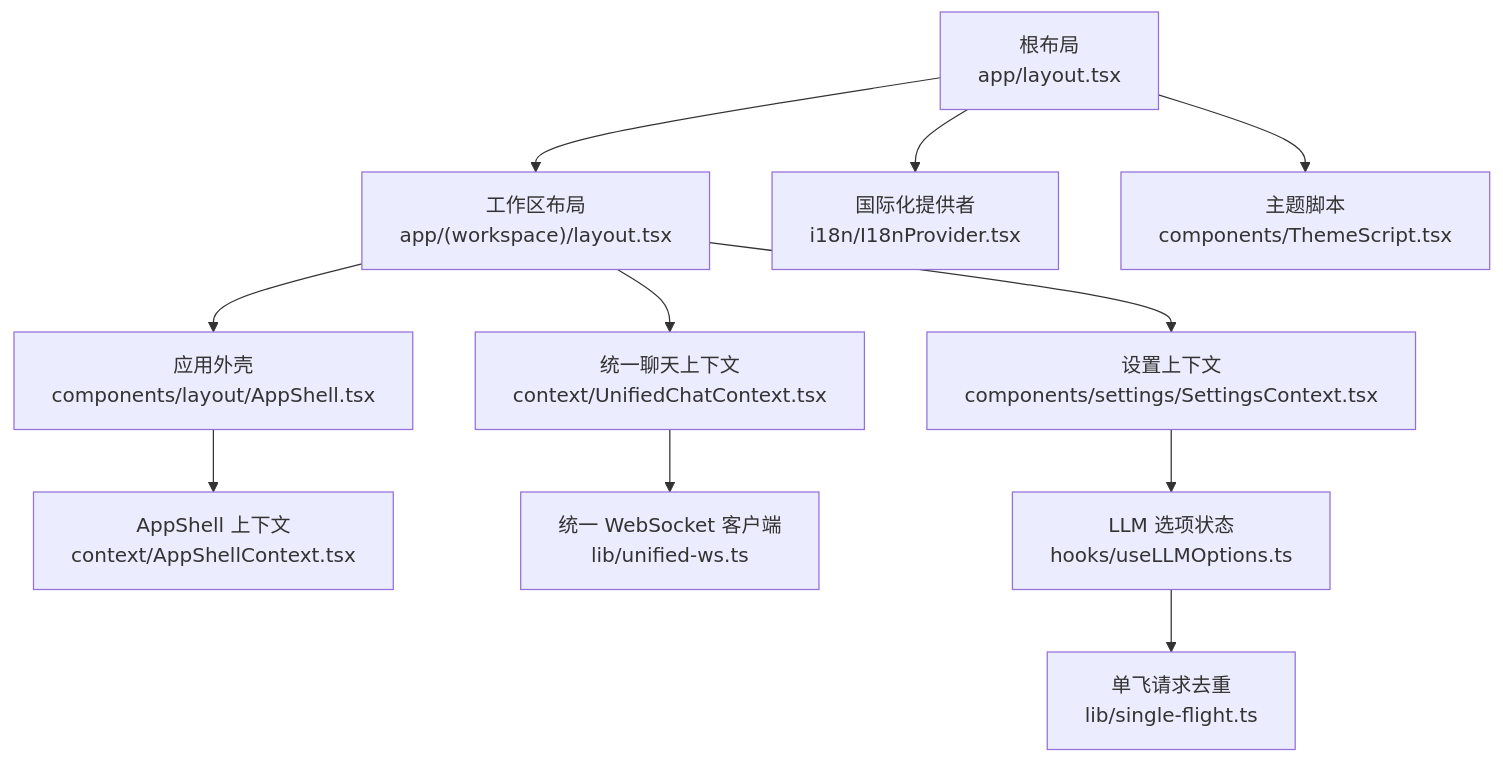
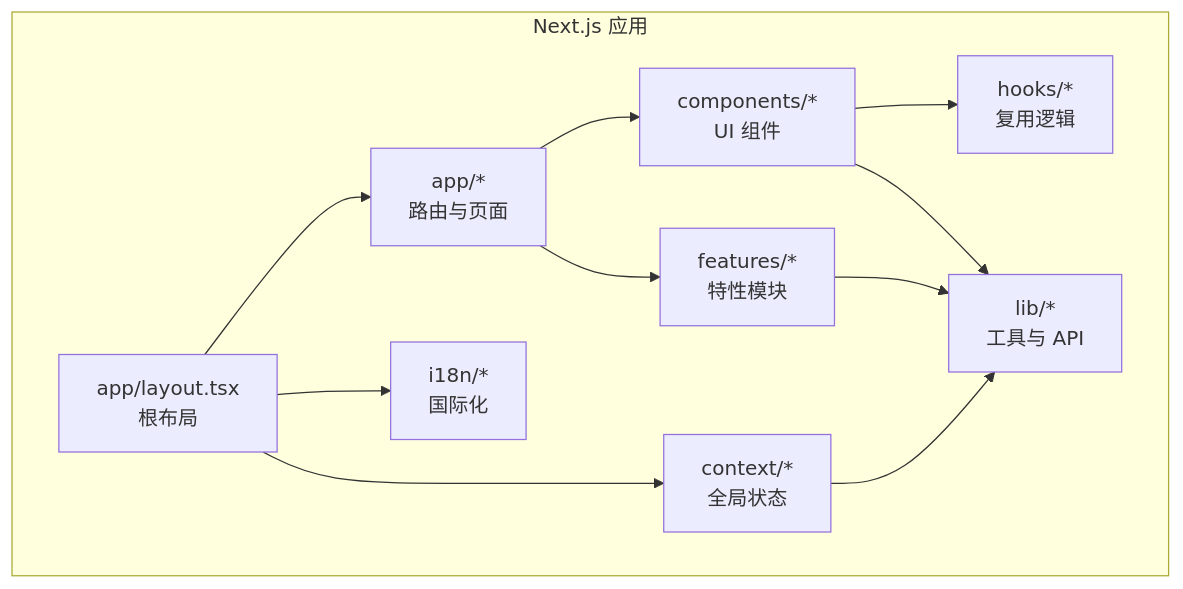
The first of 9 diagrams in .qoder/repowiki/zh/content/前端架构/前端架构.md (gongzili456/DeepTutor), drawn with Mermaid before and after one commit. The commit also changed other lines of this file and 1242 other files, not shown here.

````diff
--- a/.qoder/repowiki/zh/content/前端架构/前端架构.md
+++ b/.qoder/repowiki/zh/content/前端架构/前端架构.md
@@ -67,13 +41,22 @@
 ```mermaid
 graph TB
-A["根布局<br/>app/layout.tsx"] --> B["工作区布局<br/>app/(workspace)/layout.tsx"]
-B --> C["应用外壳<br/>components/layout/AppShell.tsx"]
-C --> D["AppShell 上下文<br/>context/AppShellContext.tsx"]
-B --> E["统一聊天上下文<br/>context/UnifiedChatContext.tsx"]
-E --> F["统一 WebSocket 客户端<br/>lib/unified-ws.ts"]
-A --> G["国际化提供者<br/>i18n/I18nProvider.tsx"]
-A --> H["主题脚本<br/>components/ThemeScript.tsx"]
-B --> I["设置上下文<br/>components/settings/SettingsContext.tsx"]
-I --> J["LLM 选项状态<br/>hooks/useLLMOptions.ts"]
-J --> K["单飞请求去重<br/>lib/single-flight.ts"]
+subgraph "Next.js 应用"
+L["app/layout.tsx<br/>根布局"]
+A["app/*<br/>路由与页面"]
+C["components/*<br/>UI 组件"]
+X["context/*<br/>全局状态"]
+H["hooks/*<br/>复用逻辑"]
+Lb["lib/*<br/>工具与 API"]
+I["i18n/*<br/>国际化"]
+F["features/*<br/>特性模块"]
+end
+L --> A
+L --> X
+L --> I
+A --> C
+A --> F
+C --> H
+C --> Lb
+F --> Lb
+X --> Lb
 ```
````
